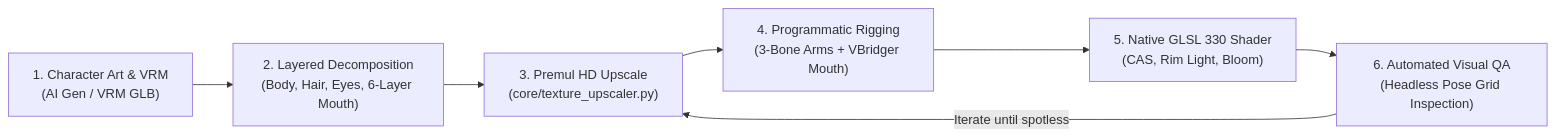
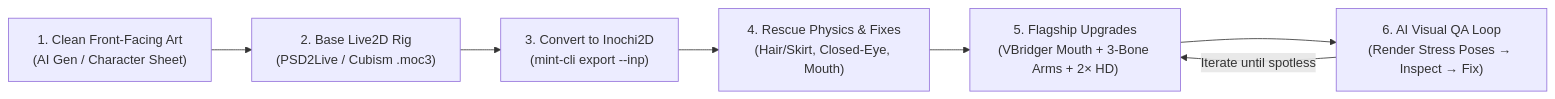
One commit to xsploit/hikari-studio changed the diagram in docs/INOCHI2D_AI_WORKFLOW.md. Above: the diagram before and after it, drawn with Mermaid. The commit also changed other lines of this file and 2 other files, not shown here.

Commit message:
Expand Inochi2D skill/guide with Live2D->MINT conversion & 3-path onboarding; clarify Vercel AI Gateway 2-key setup

````diff
--- a/docs/INOCHI2D_AI_WORKFLOW.md
+++ b/docs/INOCHI2D_AI_WORKFLOW.md
@@ -19,9 +24,9 @@
 ```mermaid
 flowchart LR
-    A["1. Character Art & VRM\n(AI Gen / VRM GLB)"] --> B["2. Layered Decomposition\n(Body, Hair, Eyes, 6-Layer Mouth)"]
-    B --> C["3. Premul HD Upscale\n(core/texture_upscaler.py)"]
-    C --> D["4. Programmatic Rigging\n(3-Bone Arms + VBridger Mouth)"]
-    D --> E["5. Native GLSL 330 Shader\n(CAS, Rim Light, Bloom)"]
-    E --> F["6. Automated Visual QA\n(Headless Pose Grid Inspection)"]
-    F -->|Iterate until spotless| C
+    A["1. Clean Front-Facing Art\n(AI Gen / Character Sheet)"] --> B["2. Base Live2D Rig\n(PSD2Live / Cubism .moc3)"]
+    B --> C["3. Convert to Inochi2D\n(mint-cli export --inp)"]
+    C --> D["4. Rescue Physics & Fixes\n(Hair/Skirt, Closed-Eye, Mouth)"]
+    D --> E["5. Flagship Upgrades\n(VBridger Mouth + 3-Bone Arms + 2× HD)"]
+    E --> F["6. AI Visual QA Loop\n(Render Stress Poses → Inspect → Fix)"]
+    F -->|Iterate until spotless| E
 ```
````
